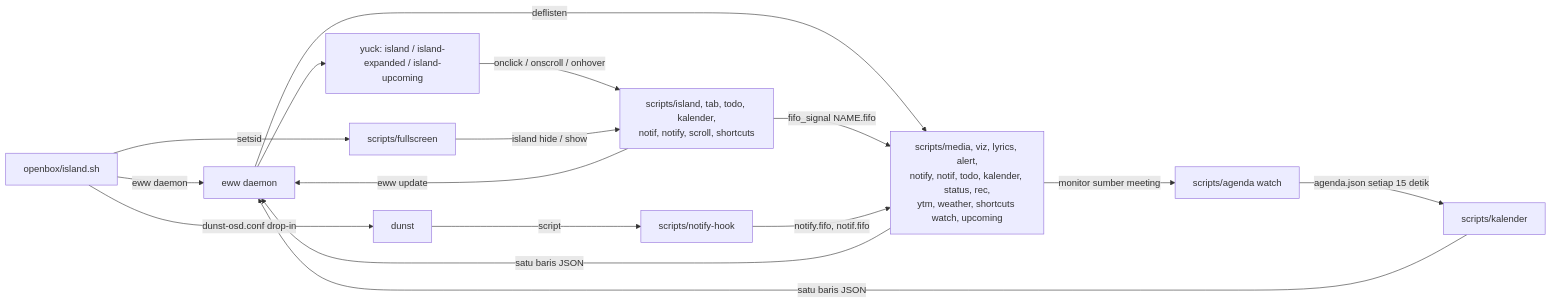
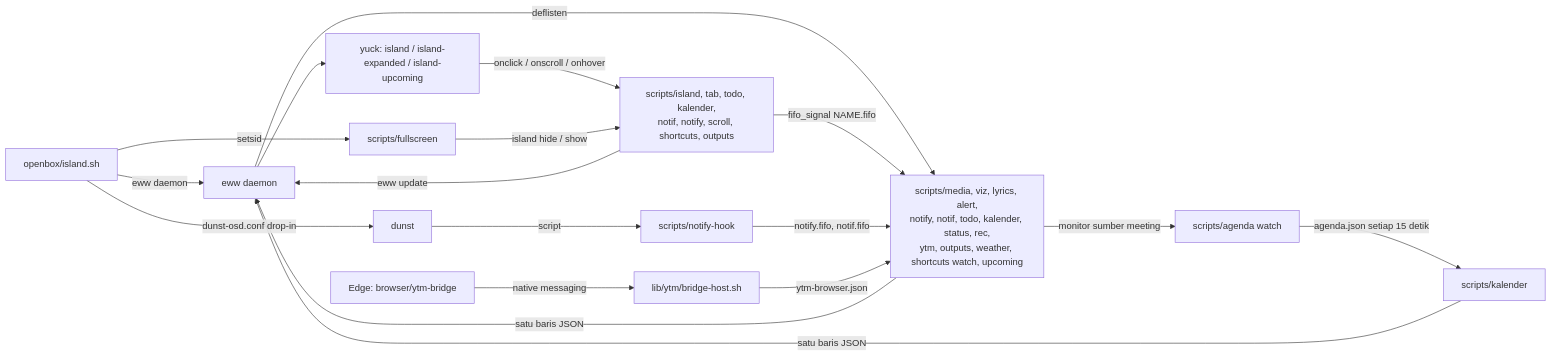
One commit to ardzz/openbox-island changed the diagram in docs/architecture.md. Above: the diagram before and after it, drawn with Mermaid. The commit also changed other lines of this file and 6 other files, not shown here.

````diff
--- a/docs/architecture.md
+++ b/docs/architecture.md
@@ -19,18 +19,20 @@
 ```mermaid
 flowchart LR
   L[openbox/island.sh] -->|eww daemon| D[eww daemon]
   L -->|setsid| FS[scripts/fullscreen]
   L -->|dunst-osd.conf drop-in| DU[dunst]
-  D -->|deflisten| S["scripts/media, viz, lyrics, alert,<br/>notify, notif, todo, kalender, status, rec,<br/>ytm, weather, shortcuts watch, upcoming"]
+  D -->|deflisten| S["scripts/media, viz, lyrics, alert,<br/>notify, notif, todo, kalender, status, rec,<br/>ytm, outputs, weather, shortcuts watch, upcoming"]
   S -->|satu baris JSON| D
   D --> W[yuck: island / island-expanded / island-upcoming]
-  W -->|onclick / onscroll / onhover| C["scripts/island, tab, todo, kalender,<br/>notif, notify, scroll, shortcuts"]
+  W -->|onclick / onscroll / onhover| C["scripts/island, tab, todo, kalender,<br/>notif, notify, scroll, shortcuts, outputs"]
   C -->|fifo_signal NAME.fifo| S
   C -->|eww update| D
   DU -->|script| H[scripts/notify-hook]
   H -->|notify.fifo, notif.fifo| S
   FS -->|island hide / show| C
   S -->|monitor sumber meeting| A[scripts/agenda watch]
   A -->|agenda.json setiap 15 detik| K[scripts/kalender]
   K -->|satu baris JSON| D
+  E[Edge: browser/ytm-bridge] -->|native messaging| BH[lib/ytm/bridge-host.sh]
+  BH -->|ytm-browser.json| S
 ```
````
